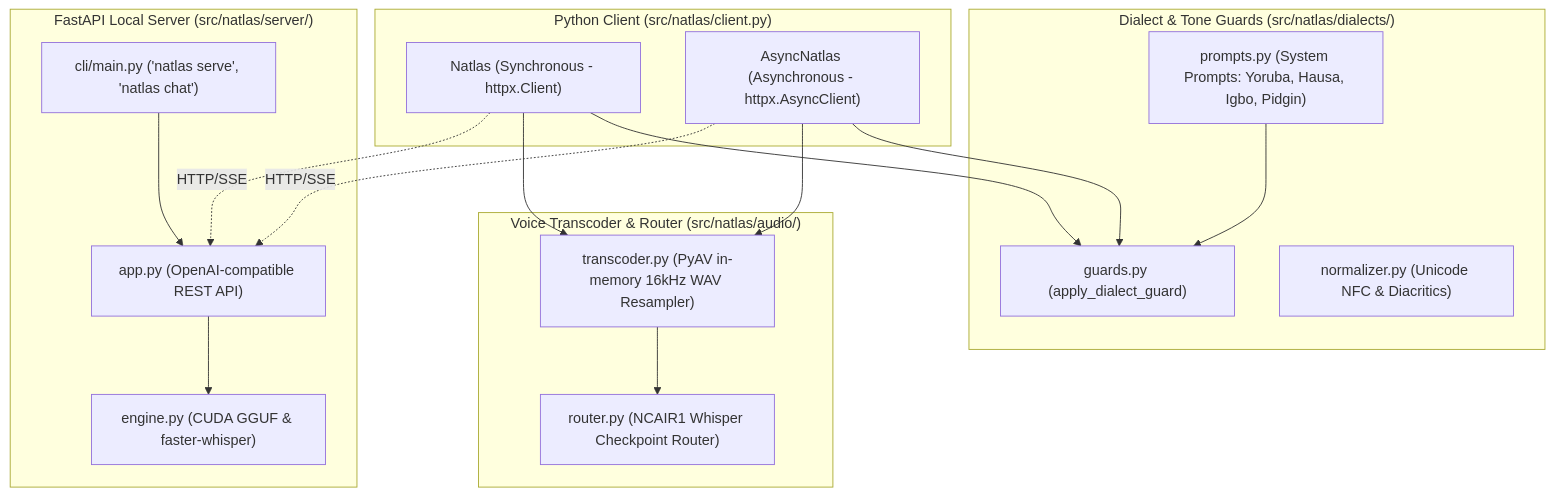
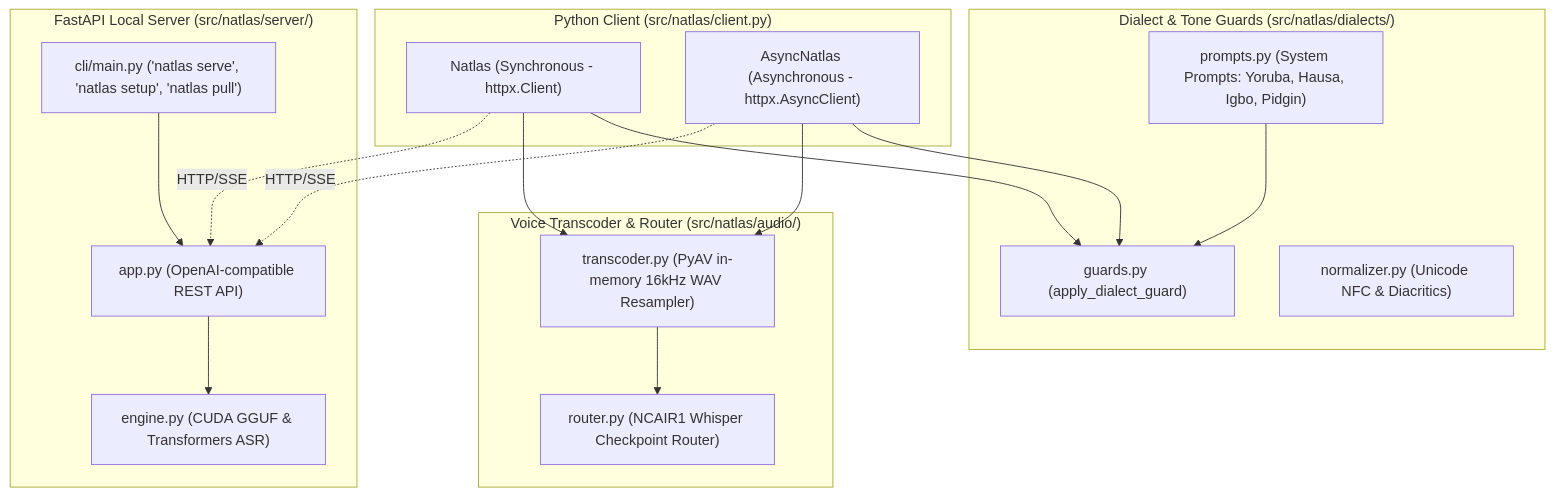
Before and after one commit to Beetroit/natlas-python: the diagram in README.md, drawn with Mermaid. The commit also changed other lines of this file, not shown here.

First line of the commit message:
docs(readme): update for transformers ASR pipeline and setup bootstrap

````diff
--- a/README.md
+++ b/README.md
@@ -15,35 +15,35 @@
 ```mermaid
 flowchart TD
     subgraph ClientSDK ["Python Client (src/natlas/client.py)"]
         Sync["Natlas (Synchronous - httpx.Client)"]
         Async["AsyncNatlas (Asynchronous - httpx.AsyncClient)"]
     end
 
     subgraph DialectEngine ["Dialect & Tone Guards (src/natlas/dialects/)"]
         Prompts["prompts.py (System Prompts: Yoruba, Hausa, Igbo, Pidgin)"]
         Guards["guards.py (apply_dialect_guard)"]
         Normalizer["normalizer.py (Unicode NFC & Diacritics)"]
         Prompts --> Guards
     end
 
     subgraph AudioEngine ["Voice Transcoder & Router (src/natlas/audio/)"]
         Transcoder["transcoder.py (PyAV in-memory 16kHz WAV Resampler)"]
         Router["router.py (NCAIR1 Whisper Checkpoint Router)"]
     end
 
     subgraph ServingEngine ["FastAPI Local Server (src/natlas/server/)"]
         App["app.py (OpenAI-compatible REST API)"]
-        Engine["engine.py (CUDA GGUF & faster-whisper)"]
-        CLI["cli/main.py ('natlas serve', 'natlas chat')"]
+        Engine["engine.py (CUDA GGUF & Transformers ASR)"]
+        CLI["cli/main.py ('natlas serve', 'natlas setup', 'natlas pull')"]
         CLI --> App
         App --> Engine
     end
 
     Sync --> Guards
     Async --> Guards
     Sync --> Transcoder
     Async --> Transcoder
     Transcoder --> Router
     Sync -. HTTP/SSE .-> App
     Async -. HTTP/SSE .-> App
 ```
````
